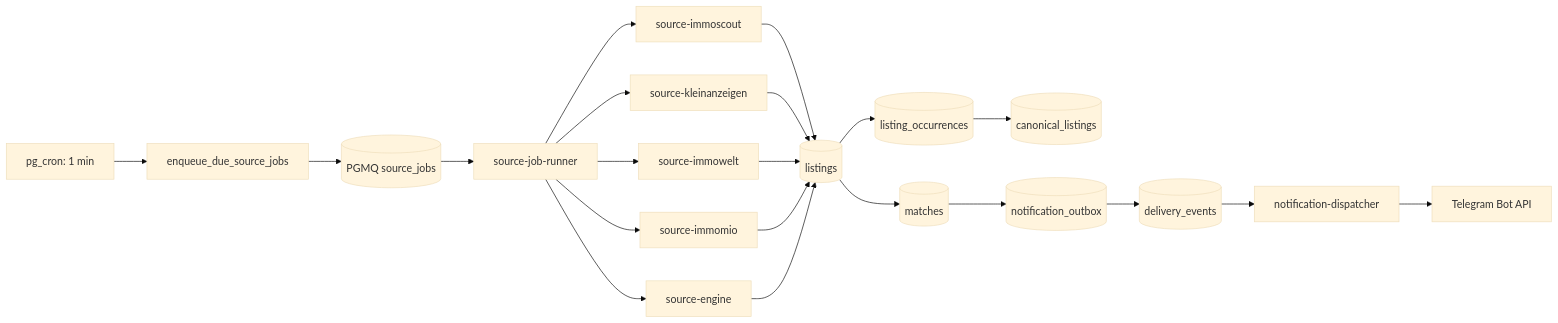
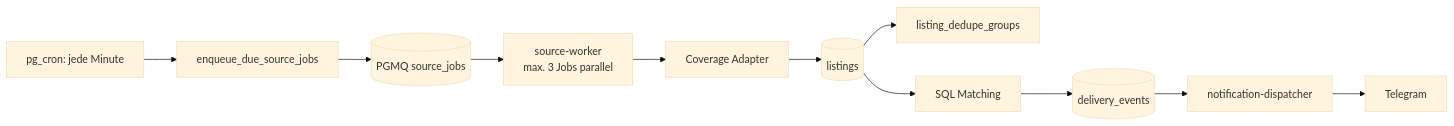
One commit to arash-tawakoli/telegram_bot changed the diagram in docs/ARCHITECTURE.md. Above: the diagram before and after it, drawn with Mermaid (base theme). The commit also changed other lines of this file, not shown here.

Commit message:
Document simplified architecture v3

````diff
--- a/docs/ARCHITECTURE.md
+++ b/docs/ARCHITECTURE.md
@@ -9,23 +7,13 @@
 ```mermaid
 flowchart LR
-    C[pg_cron: 1 min] --> E[enqueue_due_source_jobs]
-    E --> Q[(PGMQ source_jobs)]
-    Q --> R[source-job-runner]
-    R --> W1[source-immoscout]
-    R --> W2[source-kleinanzeigen]
-    R --> W3[source-immowelt]
-    R --> W4[source-immomio]
-    R --> WG[source-engine]
-    W1 --> L[(listings)]
-    W2 --> L
-    W3 --> L
-    W4 --> L
-    WG --> L
-    L --> O[(listing_occurrences)]
-    O --> CL[(canonical_listings)]
-    L --> M[(matches)]
-    M --> OB[(notification_outbox)]
-    OB --> DE[(delivery_events)]
-    DE --> ND[notification-dispatcher]
-    ND --> TG[Telegram Bot API]
+  C[pg_cron: jede Minute] --> E[enqueue_due_source_jobs]
+  E --> Q[(PGMQ source_jobs)]
+  Q --> W[source-worker\nmax. 3 Jobs parallel]
+  W --> A[Coverage Adapter]
+  A --> L[(listings)]
+  L --> D[listing_dedupe_groups]
+  L --> M[SQL Matching]
+  M --> DE[(delivery_events)]
+  DE --> ND[notification-dispatcher]
+  ND --> TG[Telegram]
 ```
````
